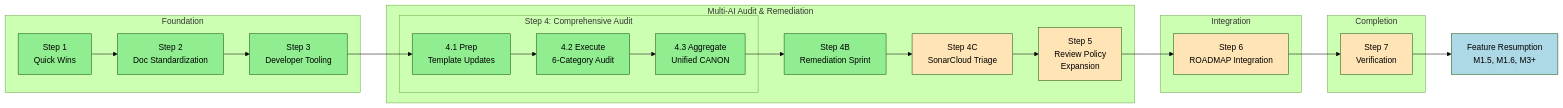
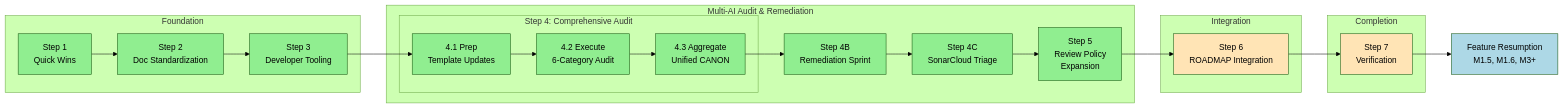
The diagram in docs/INTEGRATED_IMPROVEMENT_PLAN.md (jasonmichaelbell78-creator/sonash-v0), drawn with Mermaid (forest theme) before and after one commit. The commit also changed other lines of this file and 1 other file, not shown here.

````diff
--- a/docs/INTEGRATED_IMPROVEMENT_PLAN.md
+++ b/docs/INTEGRATED_IMPROVEMENT_PLAN.md
@@ -54,53 +54,53 @@
 ```mermaid
 flowchart LR
     subgraph Phase1["Foundation"]
         S1[Step 1\nQuick Wins]
         S2[Step 2\nDoc Standardization]
         S3[Step 3\nDeveloper Tooling]
     end
 
     subgraph Phase2["Multi-AI Audit & Remediation"]
         subgraph S4["Step 4: Comprehensive Audit"]
             S4a[4.1 Prep\nTemplate Updates]
             S4b[4.2 Execute\n6-Category Audit]
             S4c[4.3 Aggregate\nUnified CANON]
         end
         S4B[Step 4B\nRemediation Sprint]
         S4C[Step 4C\nSonarCloud Triage]
         S5[Step 5\nReview Policy\nExpansion]
     end
 
     subgraph Phase3["Integration"]
         S6[Step 6\nROADMAP Integration]
     end
 
     subgraph Phase4["Completion"]
         S7[Step 7\nVerification]
     end
 
     S1 --> S2
     S2 --> S3
     S3 --> S4a
     S4a --> S4b
     S4b --> S4c
     S4c --> S4B
     S4B --> S4C
     S4C --> S5
     S5 --> S6
     S6 --> S7
 
     S7 --> FR[Feature Resumption\nM1.5, M1.6, M3+]
 
     style S1 fill:#90EE90
     style S2 fill:#90EE90
     style S3 fill:#90EE90
     style S4a fill:#90EE90
     style S4b fill:#90EE90
     style S4c fill:#90EE90
     style S4B fill:#90EE90
-    style S4C fill:#FFE4B5
-    style S5 fill:#FFE4B5
+    style S4C fill:#90EE90
+    style S5 fill:#90EE90
     style S6 fill:#FFE4B5
     style S7 fill:#FFE4B5
     style FR fill:#ADD8E6
 ```
````
